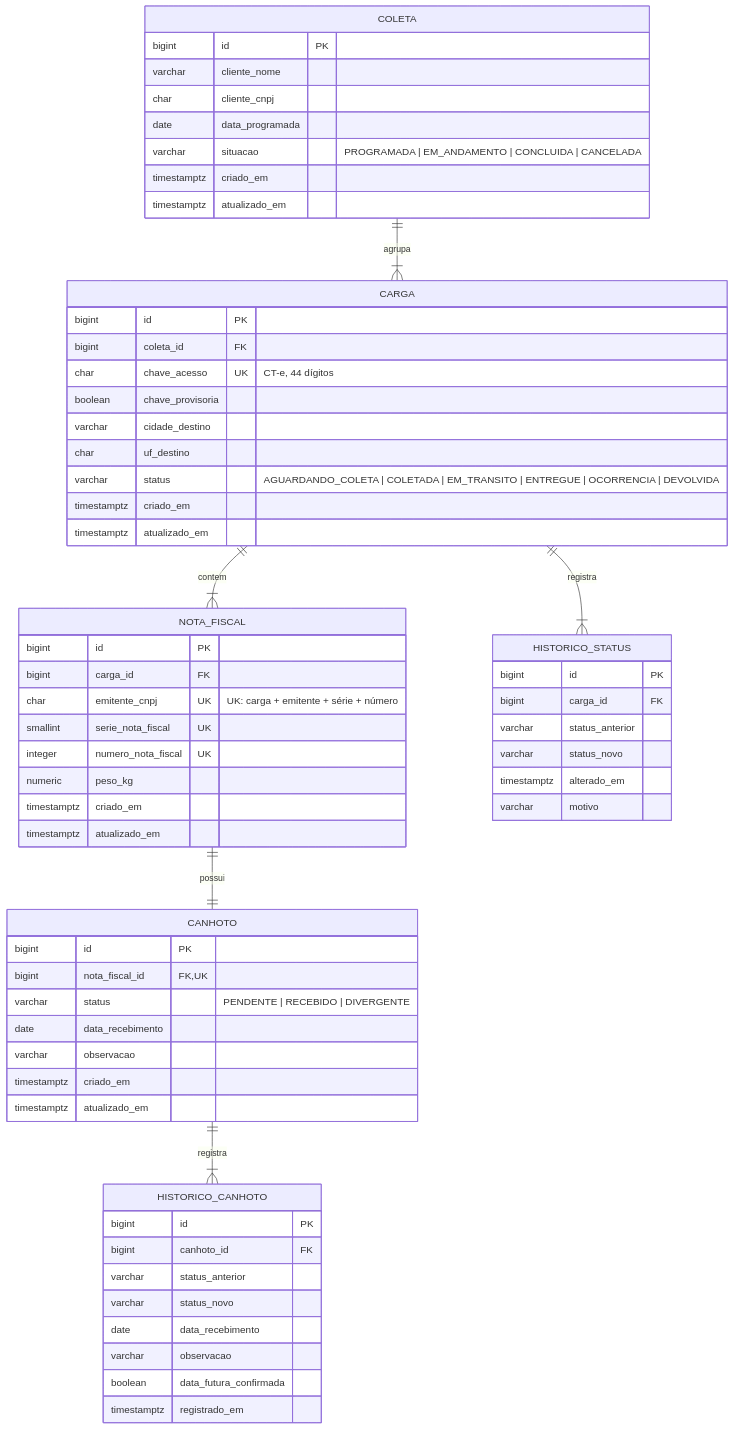
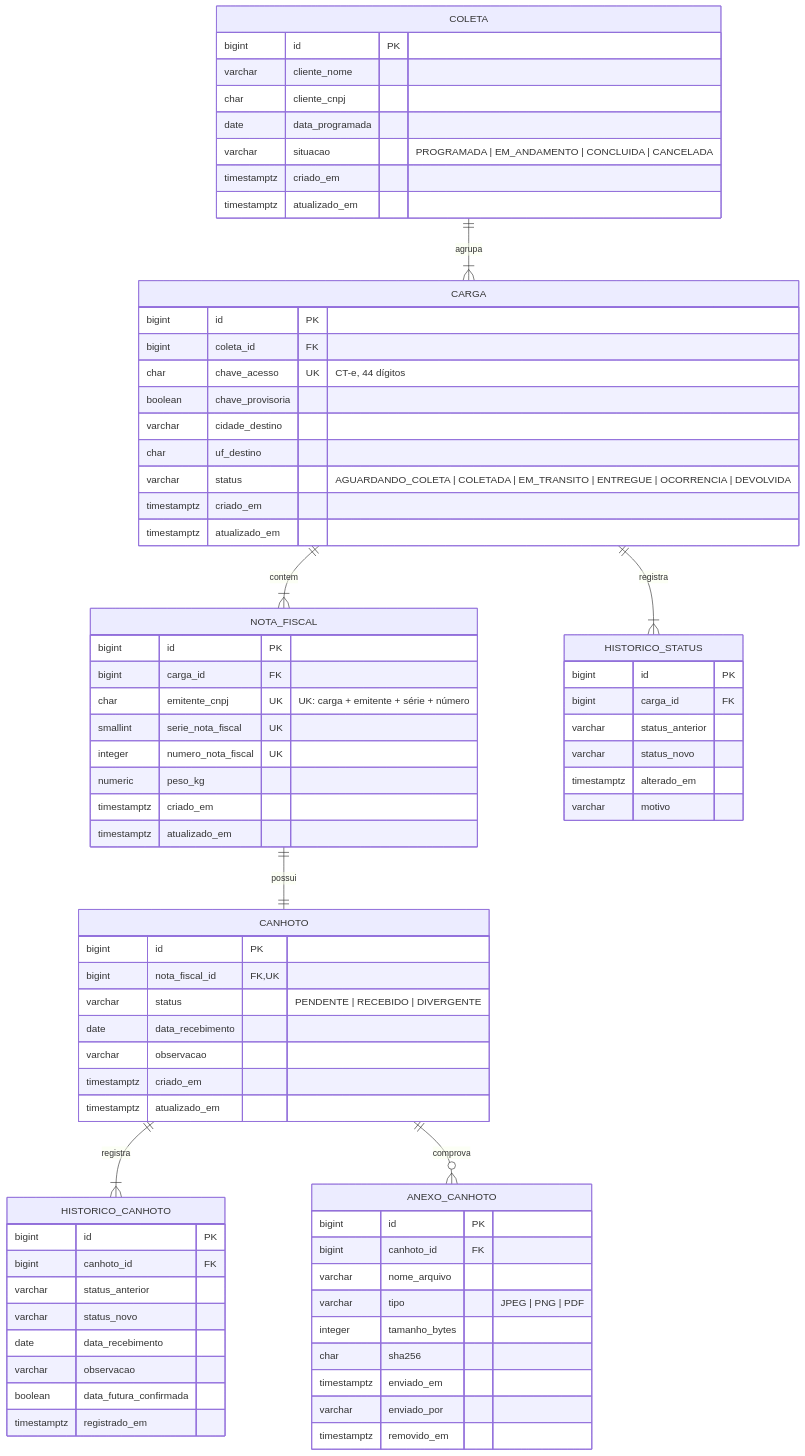
Before and after one commit to Ejurevics/API-Controle_Canhotos: the diagram in README.md, drawn with Mermaid. The commit also changed other lines of this file and 24 other files, not shown here.

````diff
--- a/README.md
+++ b/README.md
@@ -13,6 +13,7 @@
     NOTA_FISCAL ||--|| CANHOTO : possui
     CARGA ||--|{ HISTORICO_STATUS : registra
     CANHOTO ||--|{ HISTORICO_CANHOTO : registra
+    CANHOTO ||--o{ ANEXO_CANHOTO : comprova
 
     COLETA {
         bigint id PK
@@ -76,4 +77,16 @@
         boolean data_futura_confirmada
         timestamptz registrado_em
     }
+
+    ANEXO_CANHOTO {
+        bigint id PK
+        bigint canhoto_id FK
+        varchar nome_arquivo
+        varchar tipo "JPEG | PNG | PDF"
+        integer tamanho_bytes
+        char sha256
+        timestamptz enviado_em
+        varchar enviado_por
+        timestamptz removido_em
+    }
 ```
````
